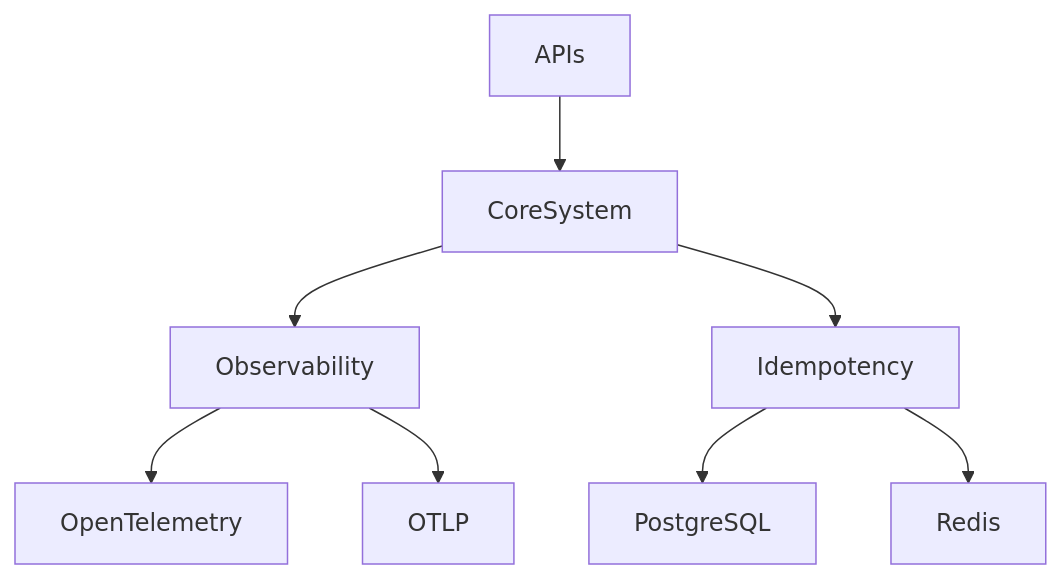
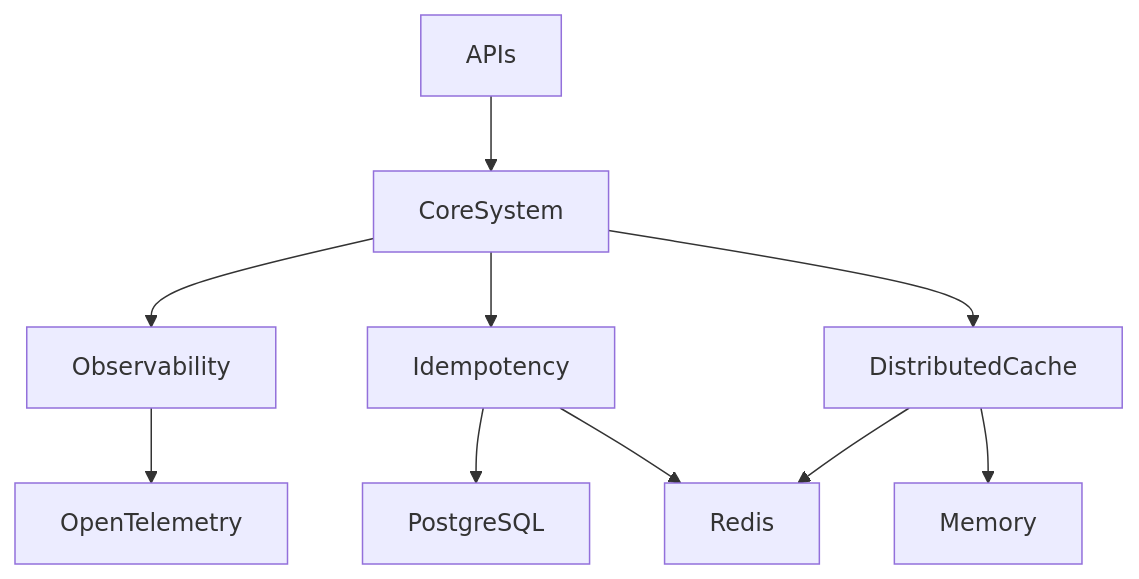
One commit to FEDERIN/CoreSystem changed the diagram in README.md. Above: the diagram before and after it, drawn with Mermaid. The commit also changed other lines of this file and 70 other files, not shown here.

Commit message:
feat(cache): add core distributed cache library with Redis/Memory providers and observability

````diff
--- a/README.md
+++ b/README.md
@@ -85,14 +92,16 @@
 ```mermaid
 graph TD
-
     APIs --> CoreSystem
 
     CoreSystem --> Observability
     CoreSystem --> Idempotency
+    CoreSystem --> DistributedCache
 
     Observability --> OpenTelemetry
-    Observability --> OTLP
 
     Idempotency --> PostgreSQL
     Idempotency --> Redis
+
+    DistributedCache --> Memory
+    DistributedCache --> Redis
 ```
````
